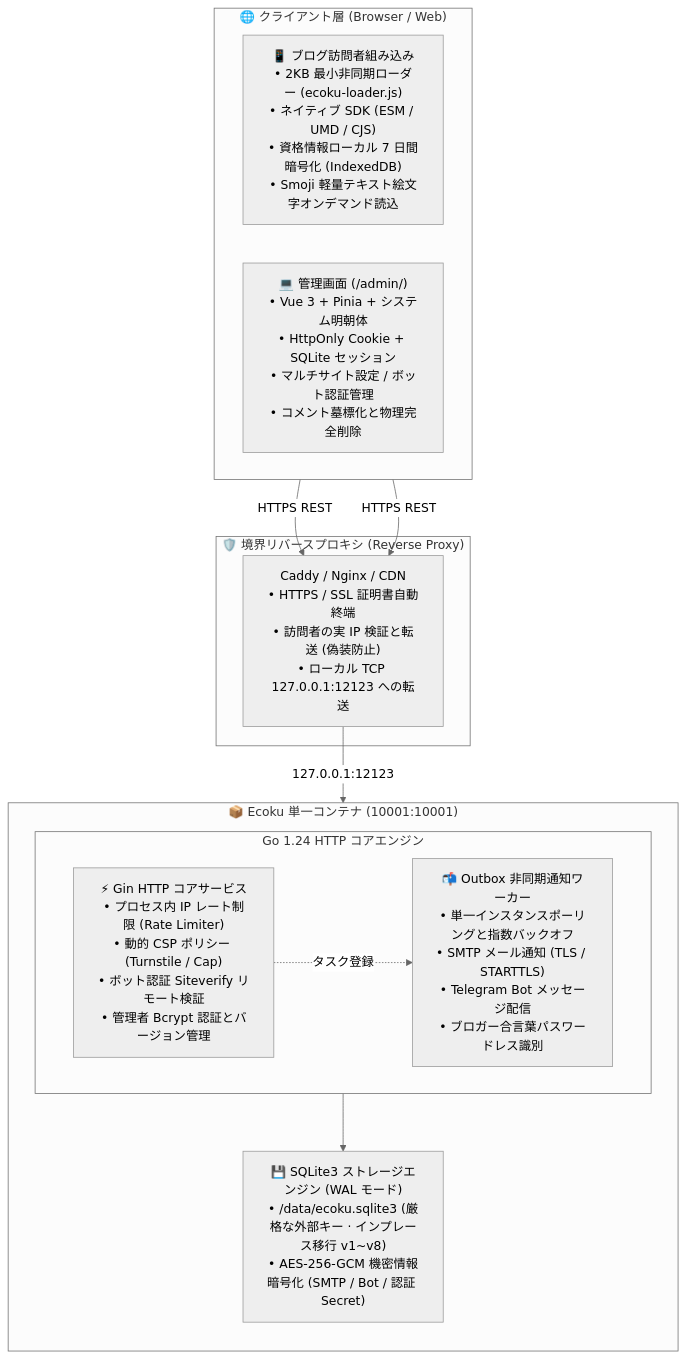
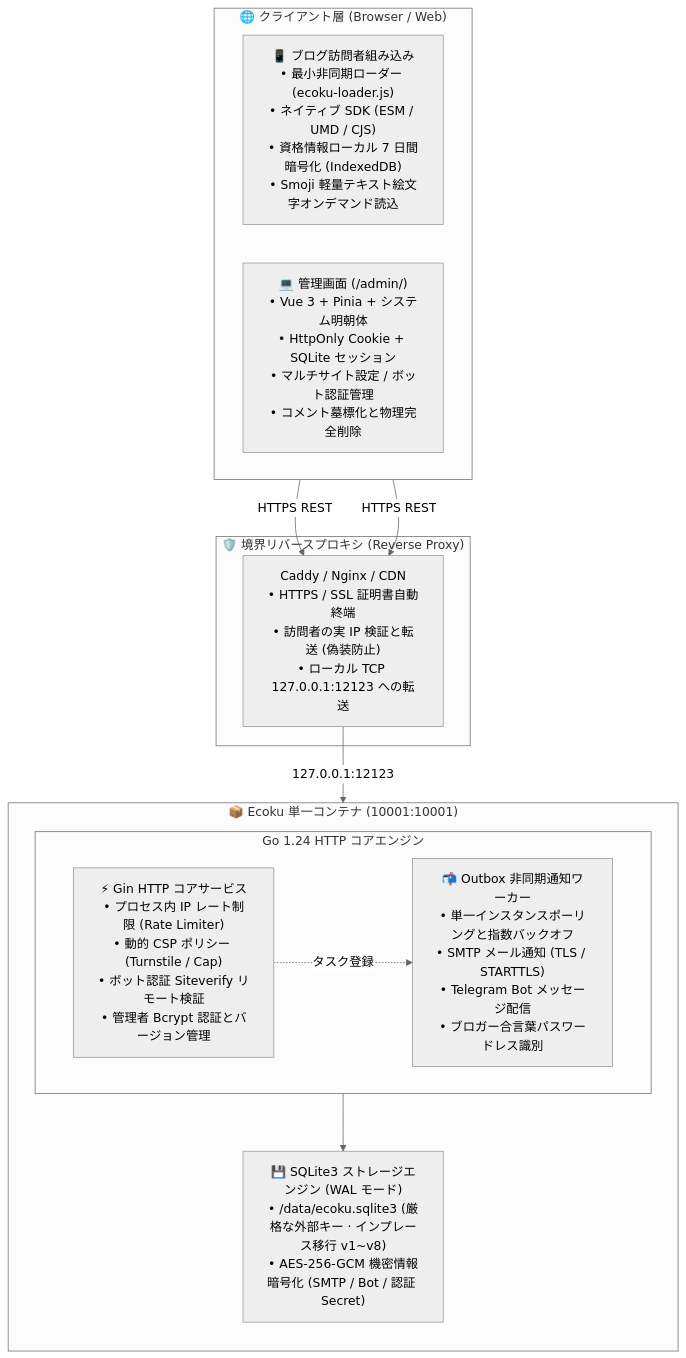
Before and after one commit to DejavuMoe/Ecoku: the diagram in docs/ja/guide/introduction.md, drawn with Mermaid (neutral theme). The commit also changed other lines of this file and 66 other files, not shown here.

````diff
--- a/docs/ja/guide/introduction.md
+++ b/docs/ja/guide/introduction.md
@@ -21,28 +21,28 @@
 ```mermaid
 flowchart TD
     subgraph Client["🌐 クライアント層 (Browser / Web)"]
         direction LR
-        Visitor["📱 ブログ訪問者組み込み<br/>• 2KB 最小非同期ローダー (ecoku-loader.js)<br/>• ネイティブ SDK (ESM / UMD / CJS)<br/>• 資格情報ローカル 7 日間暗号化 (IndexedDB)<br/>• Smoji 軽量テキスト絵文字オンデマンド読込"]
+        Visitor["📱 ブログ訪問者組み込み<br/>• 最小非同期ローダー (ecoku-loader.js)<br/>• ネイティブ SDK (ESM / UMD / CJS)<br/>• 資格情報ローカル 7 日間暗号化 (IndexedDB)<br/>• Smoji 軽量テキスト絵文字オンデマンド読込"]
         Admin["💻 管理画面 (/admin/)<br/>• Vue 3 + Pinia + システム明朝体<br/>• HttpOnly Cookie + SQLite セッション<br/>• マルチサイト設定 / ボット認証管理<br/>• コメント墓標化と物理完全削除"]
     end
 
     subgraph Edge["🛡️ 境界リバースプロキシ (Reverse Proxy)"]
         Proxy["Caddy / Nginx / CDN<br/>• HTTPS / SSL 証明書自動終端<br/>• 訪問者の実 IP 検証と転送 (偽装防止)<br/>• ローカル TCP 127.0.0.1:12123 への転送"]
     end
 
     subgraph Runtime["📦 Ecoku 単一コンテナ (10001:10001)"]
         direction TB
         subgraph Core["Go 1.24 HTTP コアエンジン"]
             direction LR
             Engine["⚡ Gin HTTP コアサービス<br/>• プロセス内 IP レート制限 (Rate Limiter)<br/>• 動的 CSP ポリシー (Turnstile / Cap)<br/>• ボット認証 Siteverify リモート検証<br/>• 管理者 Bcrypt 認証とバージョン管理"]
             Outbox["📬 Outbox 非同期通知ワーカー<br/>• 単一インスタンスポーリングと指数バックオフ<br/>• SMTP メール通知 (TLS / STARTTLS)<br/>• Telegram Bot メッセージ配信<br/>• ブロガー合言葉パスワードレス識別"]
         end
         Storage["💾 SQLite3 ストレージエンジン (WAL モード)<br/>• /data/ecoku.sqlite3 (厳格な外部キー · インプレース移行 v1~v8)<br/>• AES-256-GCM 機密情報暗号化 (SMTP / Bot / 認証 Secret)"]
         Core --> Storage
     end
 
     Visitor -->|HTTPS REST| Proxy
     Admin -->|HTTPS REST| Proxy
     Proxy -->|127.0.0.1:12123| Engine
     Engine -.->|タスク登録| Outbox
 ```
````
